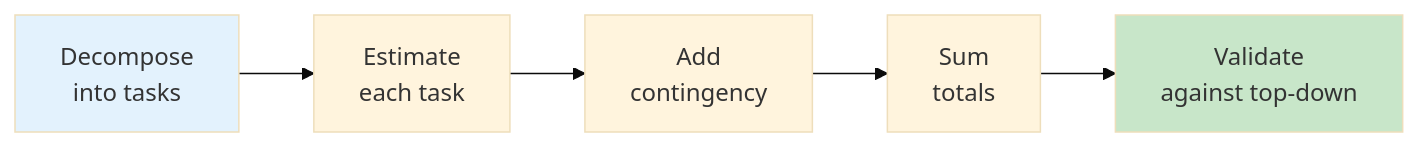
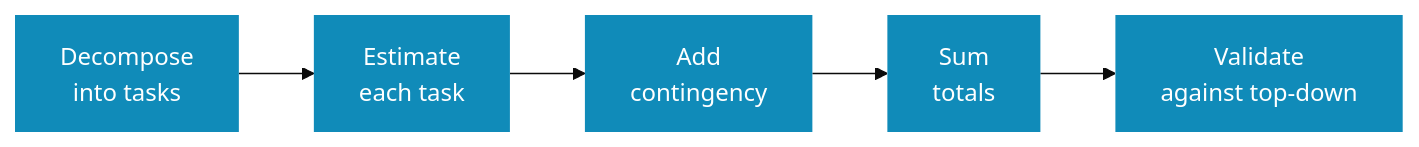
The second of 2 diagrams in _pages/planning/estimation.md (kevinmcaleer/kevstemplates.com), drawn with Mermaid (base theme) before and after one commit. The commit also changed other lines of this file and 72 other files, not shown here.

```diff
--- a/_pages/planning/estimation.md
+++ b/_pages/planning/estimation.md
@@ -261,10 +260,10 @@
 <div class="mermaid">
 flowchart LR
     A[Decompose\ninto tasks] --> B[Estimate\neach task]
     B --> C[Add\ncontingency]
     C --> D[Sum\ntotals]
     D --> E[Validate\nagainst top-down]
 
-    style A fill:#e3f2fd
-    style E fill:#c8e6c9
+    classDef blue fill:#108BB9,stroke:none,color:#fff
+    class A,B,C,D,E blue
 </div>
```
